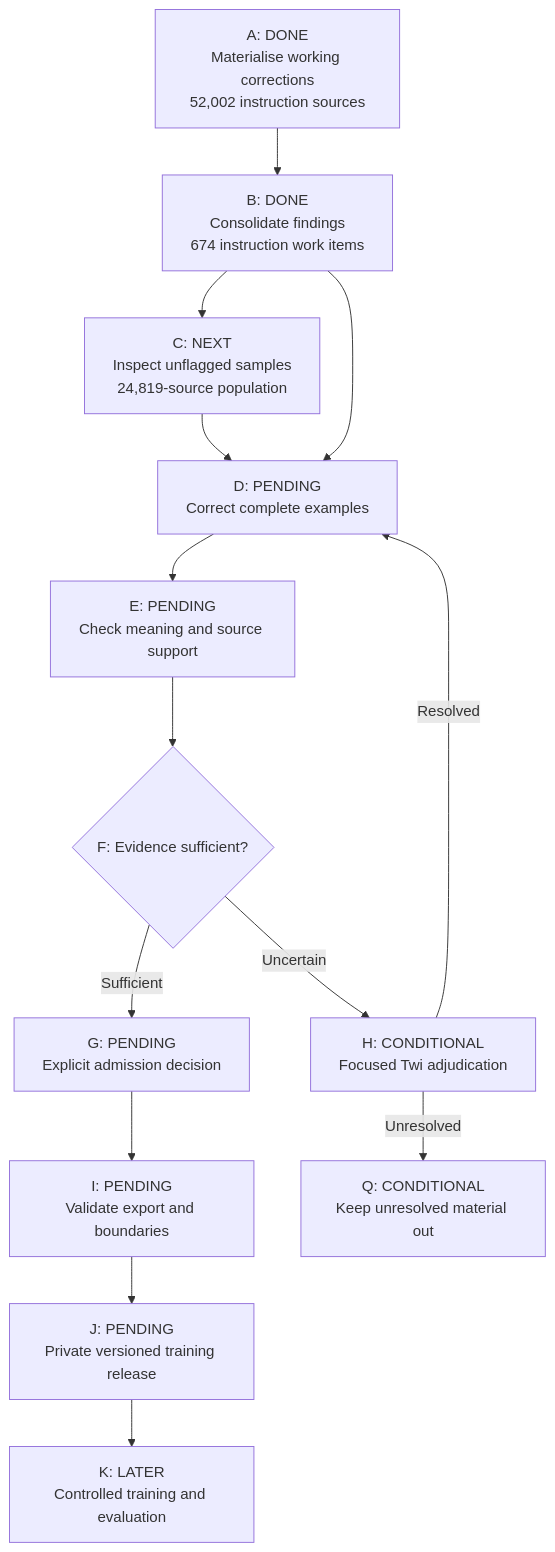
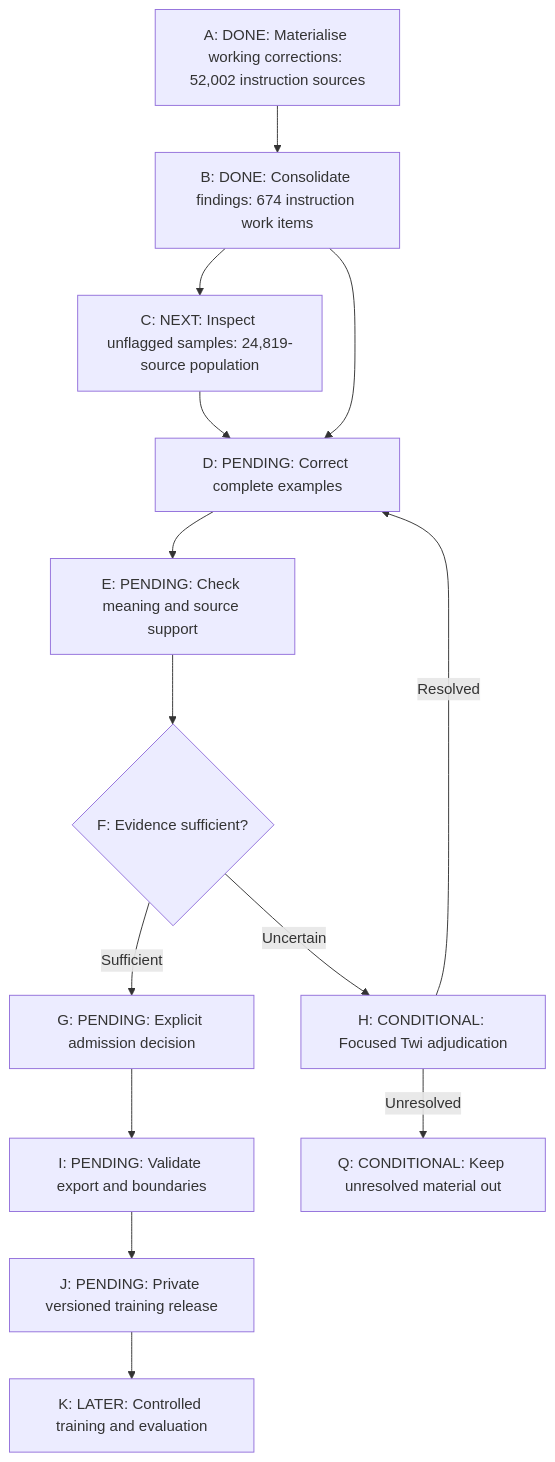
The first of 2 diagrams in ghana-health-ai/05-next-training-stage.md (teckedd-code2save/special-engineering-articles), drawn with Mermaid before and after one commit. The commit also changed other lines of this file and 11 other files, not shown here.

````diff
--- a/ghana-health-ai/05-next-training-stage.md
+++ b/ghana-health-ai/05-next-training-stage.md
@@ -24,22 +30,22 @@
 ```mermaid
 flowchart TD
-    A["A: DONE<br/>Materialise working corrections<br/>52,002 instruction sources"]
-    B["B: DONE<br/>Consolidate findings<br/>674 instruction work items"]
-    C["C: NEXT<br/>Inspect unflagged samples<br/>24,819-source population"]
-    D["D: PENDING<br/>Correct complete examples"]
-    E["E: PENDING<br/>Check meaning and source support"]
+    A["A: DONE: Materialise working corrections: 52,002 instruction sources"]
+    B["B: DONE: Consolidate findings: 674 instruction work items"]
+    C["C: NEXT: Inspect unflagged samples: 24,819-source population"]
+    D["D: PENDING: Correct complete examples"]
+    E["E: PENDING: Check meaning and source support"]
     F{"F: Evidence sufficient?"}
-    H["H: CONDITIONAL<br/>Focused Twi adjudication"]
-    Q["Q: CONDITIONAL<br/>Keep unresolved material out"]
-    G["G: PENDING<br/>Explicit admission decision"]
-    I["I: PENDING<br/>Validate export and boundaries"]
-    J["J: PENDING<br/>Private versioned training release"]
-    K["K: LATER<br/>Controlled training and evaluation"]
+    H["H: CONDITIONAL: Focused Twi adjudication"]
+    Q["Q: CONDITIONAL: Keep unresolved material out"]
+    G["G: PENDING: Explicit admission decision"]
+    I["I: PENDING: Validate export and boundaries"]
+    J["J: PENDING: Private versioned training release"]
+    K["K: LATER: Controlled training and evaluation"]
     A --> B --> C --> D --> E --> F
     B --> D
     F -->|Sufficient| G
     F -->|Uncertain| H
     H -->|Resolved| D
     H -->|Unresolved| Q
     G --> I --> J --> K
 ```
````
